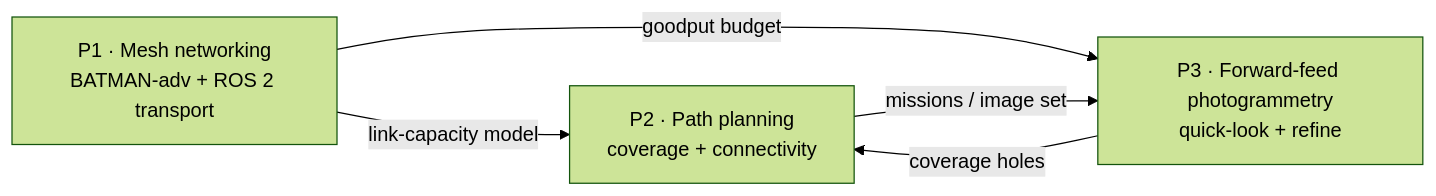
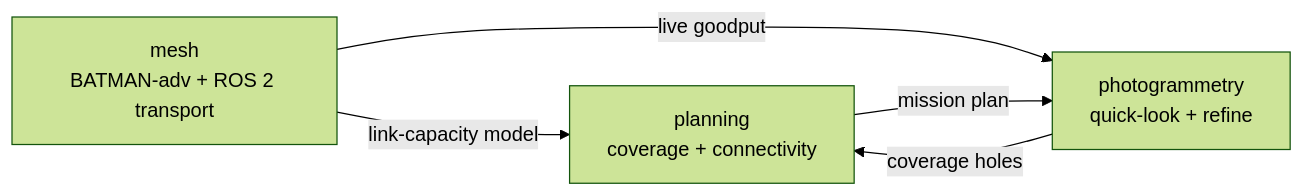
Before and after one commit to akashshingha850/meshmap: the diagram in README.md, drawn with Mermaid (forest theme). The commit also changed other lines of this file and 34 other files, not shown here.

````diff
--- a/README.md
+++ b/README.md
@@ -9,10 +9,10 @@
 ```mermaid
 flowchart LR
-    P1["P1 · Mesh networking<br/>BATMAN-adv + ROS 2 transport"]
-    P2["P2 · Path planning<br/>coverage + connectivity"]
-    P3["P3 · Forward-feed photogrammetry<br/>quick-look + refine"]
-    P1 -- link-capacity model --> P2
-    P1 -- goodput budget --> P3
-    P2 -- missions / image set --> P3
-    P3 -- coverage holes --> P2
+    M["mesh<br/>BATMAN-adv + ROS 2 transport"]
+    P["planning<br/>coverage + connectivity"]
+    G["photogrammetry<br/>quick-look + refine"]
+    M -- link-capacity model --> P
+    M -- live goodput --> G
+    P -- mission plan --> G
+    G -- coverage holes --> P
 ```
````
